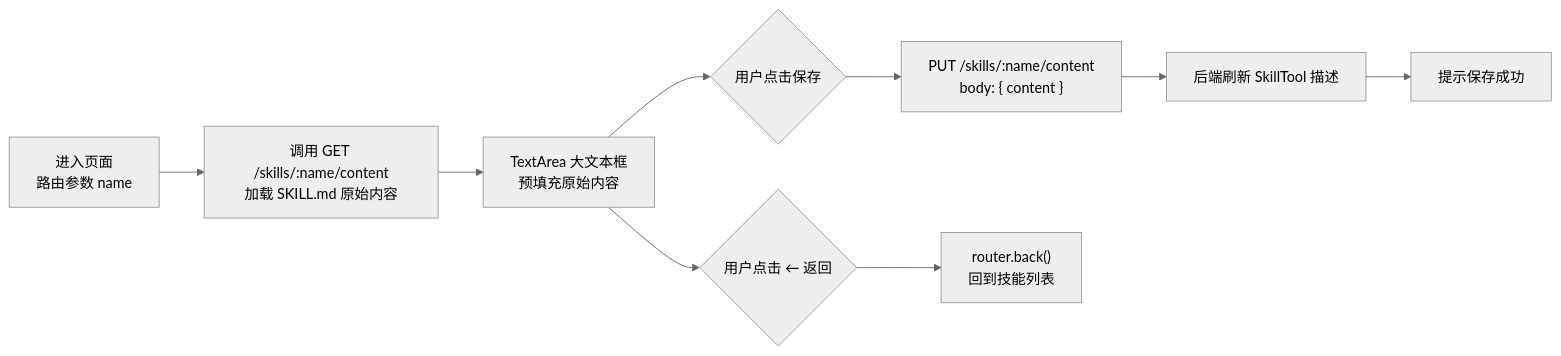
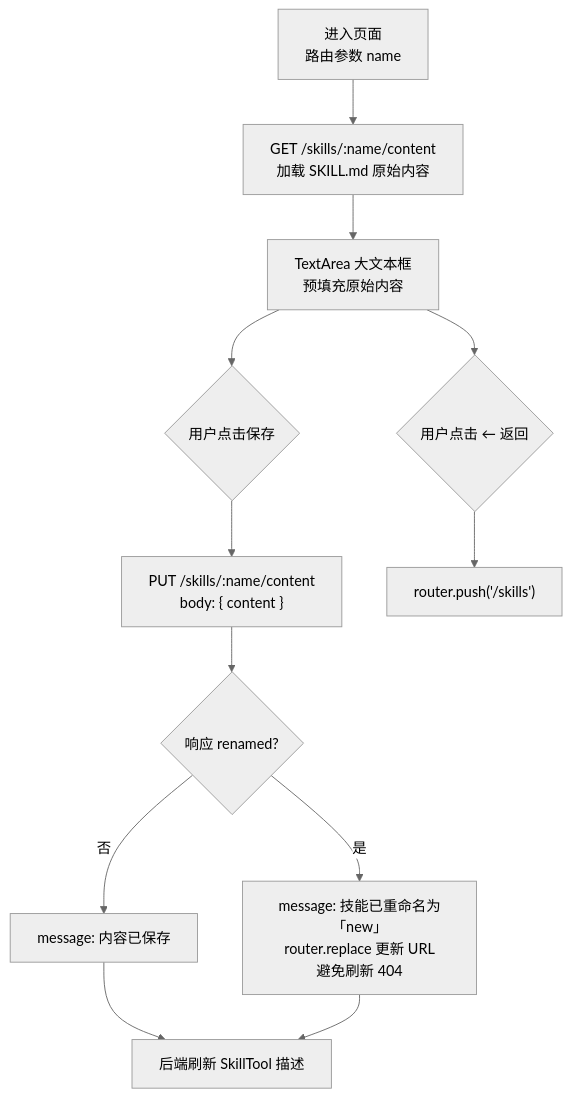
Before and after one commit to promisestar/MyClaw: diagram 13 of 15 in docs/Skill系统实现与升级说明.md, drawn with Mermaid (neutral theme). The commit also changed other lines of this file and 10 other files, not shown here.

````diff
--- a/docs/Skill系统实现与升级说明.md
+++ b/docs/Skill系统实现与升级说明.md
@@ -339,11 +554,14 @@
 ```mermaid
-flowchart LR
-    A["进入页面<br/>路由参数 name"] --> B["调用 GET /skills/:name/content<br/>加载 SKILL.md 原始内容"]
+flowchart TD
+    A["进入页面<br/>路由参数 name"] --> B["GET /skills/:name/content<br/>加载 SKILL.md 原始内容"]
     B --> C["TextArea 大文本框<br/>预填充原始内容"]
     C --> D{"用户点击保存"}
     D --> E["PUT /skills/:name/content<br/>body: { content }"]
-    E --> F["后端刷新 SkillTool 描述"]
-    F --> G["提示保存成功"]
-    C --> H{"用户点击 ← 返回"}
-    H --> I["router.back()<br/>回到技能列表"]
+    E --> F{"响应 renamed?"}
+    F -->|否| G1["message: 内容已保存"]
+    F -->|是| G2["message: 技能已重命名为「new」<br/>router.replace 更新 URL<br/>避免刷新 404"]
+    G1 --> H["后端刷新 SkillTool 描述"]
+    G2 --> H
+    C --> I{"用户点击 ← 返回"}
+    I --> J["router.push('/skills')"]
 ```
````
